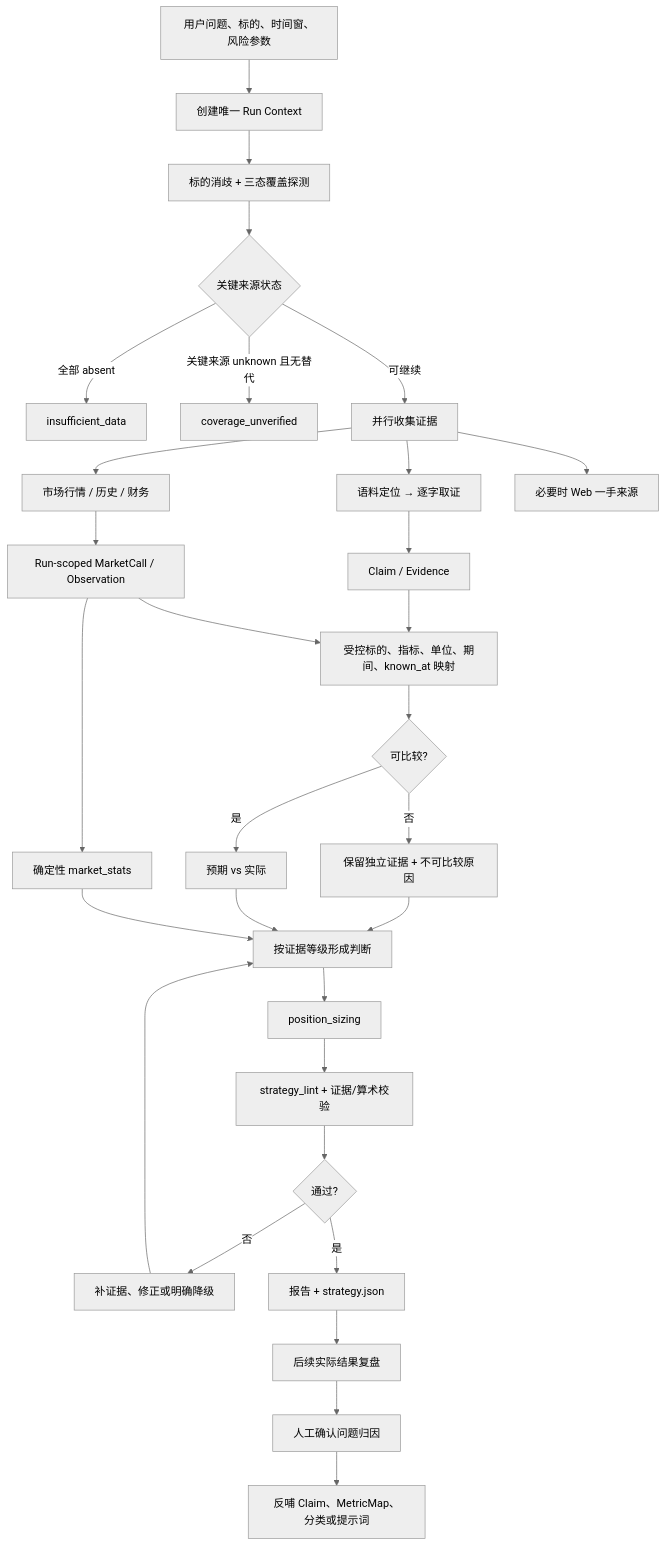
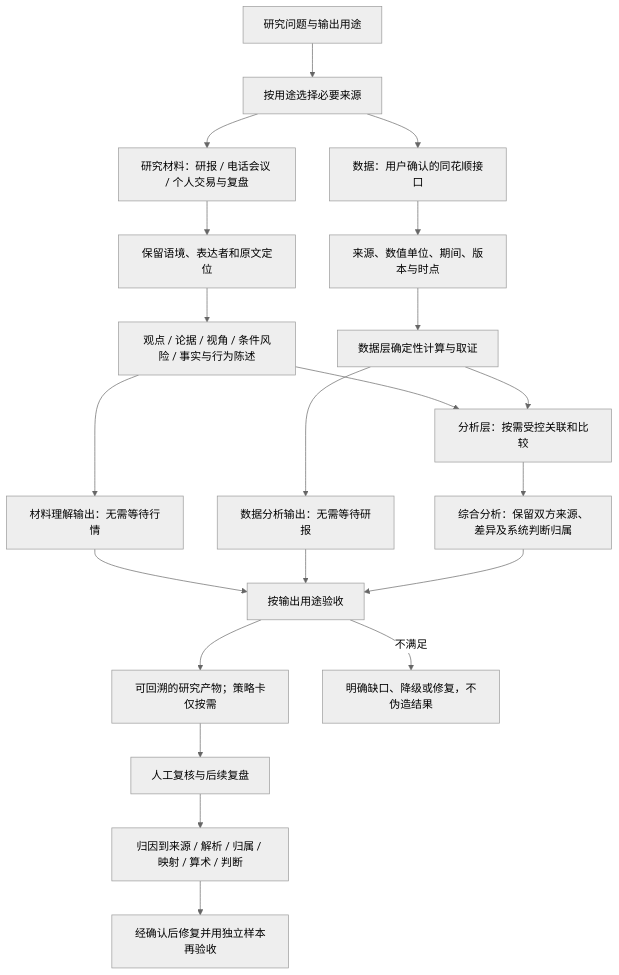
The third of 3 diagrams in docs/business-process.md (lilysohot/ai-Strategy_Research), drawn with Mermaid (neutral theme) before and after one commit. The commit also changed other lines of this file and 374 other files, not shown here.

````diff
--- a/docs/business-process.md
+++ b/docs/business-process.md
@@ -121,35 +162,23 @@
 ```mermaid
 flowchart TD
-    A[用户问题、标的、时间窗、风险参数] --> B[创建唯一 Run Context]
-    B --> C[标的消歧 + 三态覆盖探测]
-    C --> D{关键来源状态}
-    D -- 全部 absent --> D1[insufficient_data]
-    D -- 关键来源 unknown 且无替代 --> D2[coverage_unverified]
-    D -- 可继续 --> E[并行收集证据]
-
-    E --> F[语料定位 → 逐字取证]
-    E --> G[市场行情 / 历史 / 财务]
-    E --> H[必要时 Web 一手来源]
-
-    F --> I[Claim / Evidence]
-    G --> J[Run-scoped MarketCall / Observation]
-    I --> K[受控标的、指标、单位、期间、known_at 映射]
-    J --> K
-    K --> L{可比较?}
-    L -- 否 --> L1[保留独立证据 + 不可比较原因]
-    L -- 是 --> M[预期 vs 实际]
-    L1 --> N[按证据等级形成判断]
-    M --> N
-    J --> O[确定性 market_stats]
-    O --> N
-
-    N --> P[position_sizing]
-    P --> Q[strategy_lint + 证据/算术校验]
-    Q --> R{通过?}
-    R -- 否 --> S[补证据、修正或明确降级]
-    S --> N
-    R -- 是 --> T[报告 + strategy.json]
-    T --> U[后续实际结果复盘]
-    U --> V[人工确认问题归因]
-    V --> W[反哺 Claim、MetricMap、分类或提示词]
+    A[研究问题与输出用途] --> B[按用途选择必要来源]
+    B --> C[研究材料：研报 / 电话会议 / 个人交易与复盘]
+    B --> D[数据：用户确认的同花顺接口]
+    C --> E[保留语境、表达者和原文定位]
+    E --> F[观点 / 论据 / 视角 / 条件风险 / 事实与行为陈述]
+    D --> G[来源、数值单位、期间、版本与时点]
+    G --> H[数据层确定性计算与取证]
+    F --> I[材料理解输出：无需等待行情]
+    H --> J[数据分析输出：无需等待研报]
+    F --> K[分析层：按需受控关联和比较]
+    H --> K
+    K --> L[综合分析：保留双方来源、差异及系统判断归属]
+    I --> M[按输出用途验收]
+    J --> M
+    L --> M
+    M --> N[可回溯的研究产物；策略卡仅按需]
+    M -- 不满足 --> O[明确缺口、降级或修复，不伪造结果]
+    N --> P[人工复核与后续复盘]
+    P --> Q[归因到来源 / 解析 / 归属 / 映射 / 算术 / 判断]
+    Q --> R[经确认后修复并用独立样本再验收]
 ```
````
